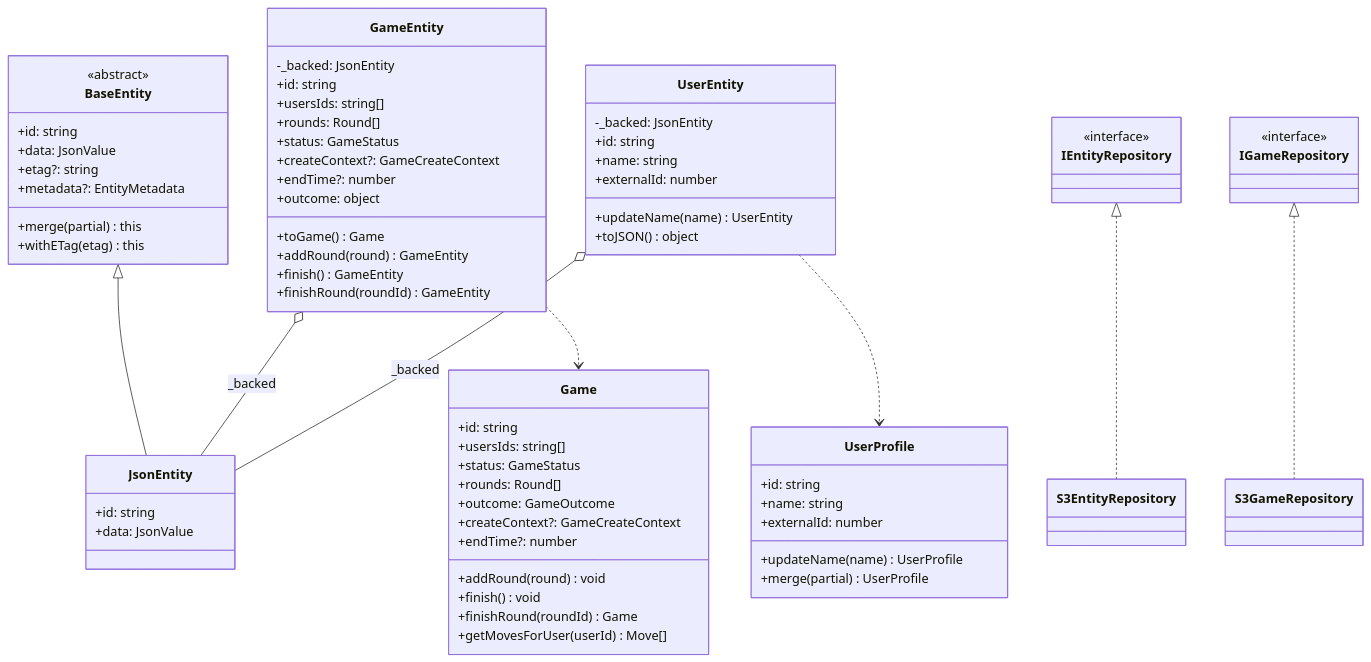
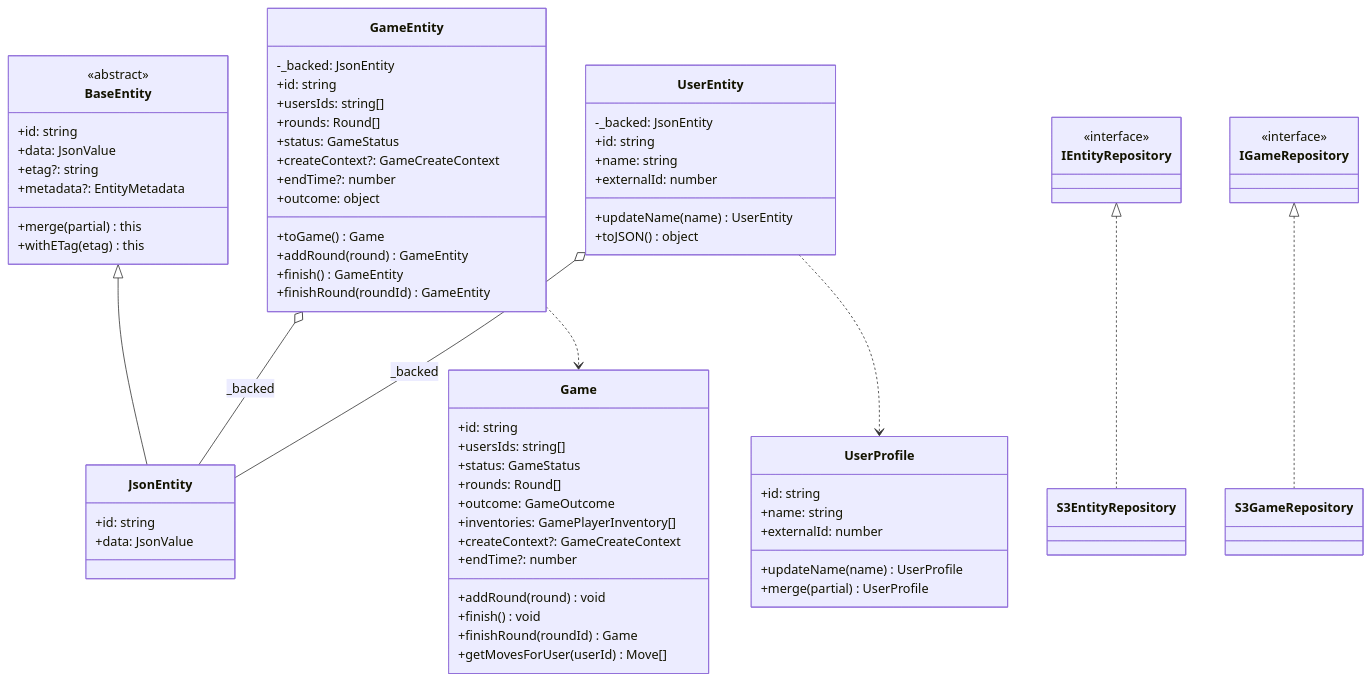
The third of 5 diagrams in apiv2/src/domain/CLASS_DIAGRAM.md (vku007/aval), drawn with Mermaid before and after one commit. The commit also changed other lines of this file and 77 other files, not shown here.

Commit message:
Give each player an inventory that an extended throw spends, show a Stone, Scissors, or Paper prime for a size effect in the local match, and publish the project under Apache-2.0.

````diff
--- a/apiv2/src/domain/CLASS_DIAGRAM.md
+++ b/apiv2/src/domain/CLASS_DIAGRAM.md
@@ -110,80 +110,81 @@
 ```mermaid
 classDiagram
     class BaseEntity {
         <<abstract>>
         +id: string
         +data: JsonValue
         +etag?: string
         +metadata?: EntityMetadata
         +merge(partial) this
         +withETag(etag) this
     }
 
     class JsonEntity {
         +id: string
         +data: JsonValue
     }
 
     class GameEntity {
         -_backed: JsonEntity
         +id: string
         +usersIds: string[]
         +rounds: Round[]
         +status: GameStatus
         +createContext?: GameCreateContext
         +endTime?: number
         +outcome: object
         +toGame() Game
         +addRound(round) GameEntity
         +finish() GameEntity
         +finishRound(roundId) GameEntity
     }
 
     class UserEntity {
         -_backed: JsonEntity
         +id: string
         +name: string
         +externalId: number
         +updateName(name) UserEntity
         +toJSON() object
     }
 
     class Game {
         +id: string
         +usersIds: string[]
         +status: GameStatus
         +rounds: Round[]
         +outcome: GameOutcome
+        +inventories: GamePlayerInventory[]
         +createContext?: GameCreateContext
         +endTime?: number
         +addRound(round) void
         +finish() void
         +finishRound(roundId) Game
         +getMovesForUser(userId) Move[]
     }
 
     class UserProfile {
         +id: string
         +name: string
         +externalId: number
         +updateName(name) UserProfile
         +merge(partial) UserProfile
     }
 
     class IEntityRepository {
         <<interface>>
     }
     class IGameRepository {
         <<interface>>
     }
     class S3EntityRepository
     class S3GameRepository
 
     BaseEntity <|-- JsonEntity
     GameEntity o-- JsonEntity : _backed
     UserEntity o-- JsonEntity : _backed
     GameEntity ..> Game
     UserEntity ..> UserProfile
     IEntityRepository <|.. S3EntityRepository
     IGameRepository <|.. S3GameRepository
 ```
````
